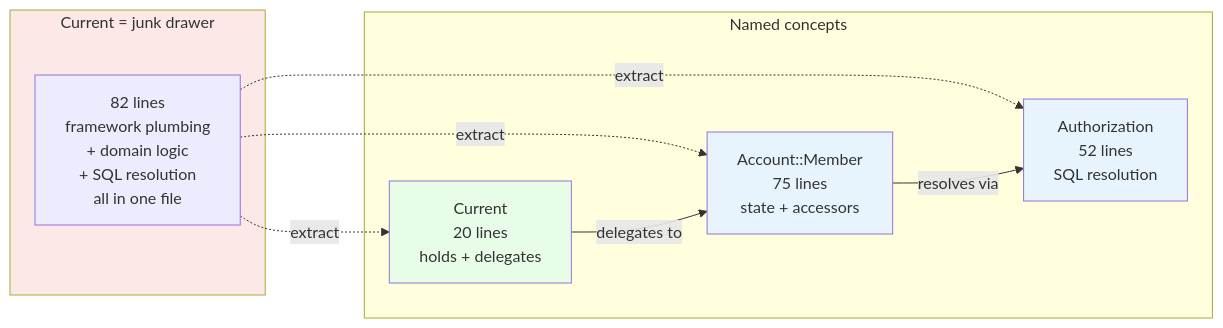
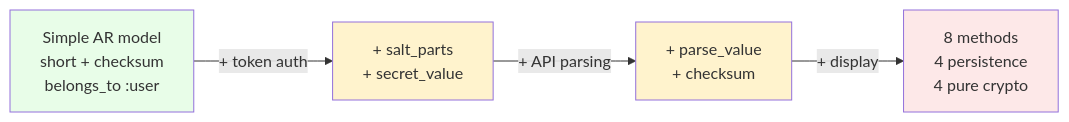
Before and after one commit to railswhey/app: the first of 2 diagrams in README.md, drawn with Mermaid. The commit also changed other lines of this file and 3 other files, not shown here.

Commit message:
6B: Naming the secret that was hiding inside the token record

````diff
--- a/README.md
+++ b/README.md
@@ -52,23 +75,11 @@
 ```mermaid
 flowchart LR
-  subgraph Before["Current = junk drawer"]
-    JD["82 lines<br/>framework plumbing<br/>+ domain logic<br/>+ SQL resolution<br/>all in one file"]
-  end
+  S["Simple AR model<br/>short + checksum<br/>belongs_to :user"] -->|"+ token auth"| T["+ salt_parts<br/>+ secret_value"]
+  T -->|"+ API parsing"| P["+ parse_value<br/>+ checksum"]
+  P -->|"+ display"| F["8 methods<br/>4 persistence<br/>4 pure crypto"]
 
-  subgraph After["Named concepts"]
-    C["Current<br/>20 lines<br/>holds + delegates"]
-    M["Account::Member<br/>75 lines<br/>state + accessors"]
-    A["Authorization<br/>52 lines<br/>SQL resolution"]
-  end
-
-  JD -.->|"extract"| C
-  JD -.->|"extract"| M
-  JD -.->|"extract"| A
-  C -->|"delegates to"| M
-  M -->|"resolves via"| A
-
-  style Before fill:#fde8e8
-  style C fill:#e8fde8
-  style M fill:#e8f4fd
-  style A fill:#e8f4fd
+  style S fill:#e8fde8
+  style T fill:#fff3cd
+  style P fill:#fff3cd
+  style F fill:#fde8e8
 ```
````
